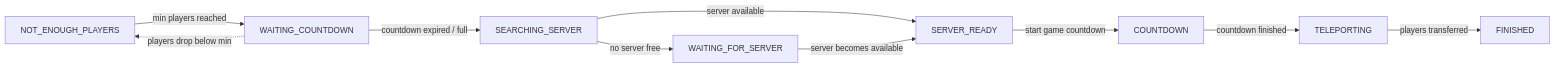
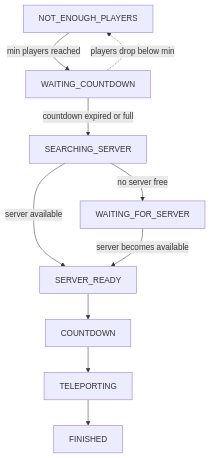
One commit to mythicisland/queue changed the diagram in README.md. Above: the diagram before and after it, drawn with Mermaid.

Commit message:
fix: yeah engine change

````diff
--- a/README.md
+++ b/README.md
@@ -9,12 +9,12 @@
 ```mermaid
-flowchart LR
+flowchart TD
     NEP[NOT_ENOUGH_PLAYERS] -->|min players reached| WC[WAITING_COUNTDOWN]
     WC -.->|players drop below min| NEP
-    WC -->|countdown expired / full| SS[SEARCHING_SERVER]
+    WC -->|countdown expired or full| SS[SEARCHING_SERVER]
     SS -->|server available| SR[SERVER_READY]
     SS -->|no server free| WFS[WAITING_FOR_SERVER]
     WFS -->|server becomes available| SR
-    SR -->|start game countdown| CD[COUNTDOWN]
-    CD -->|countdown finished| TP[TELEPORTING]
-    TP -->|players transferred| FIN[FINISHED]
+    SR --> CD[COUNTDOWN]
+    CD --> TP[TELEPORTING]
+    TP --> FIN[FINISHED]
 ```
````
